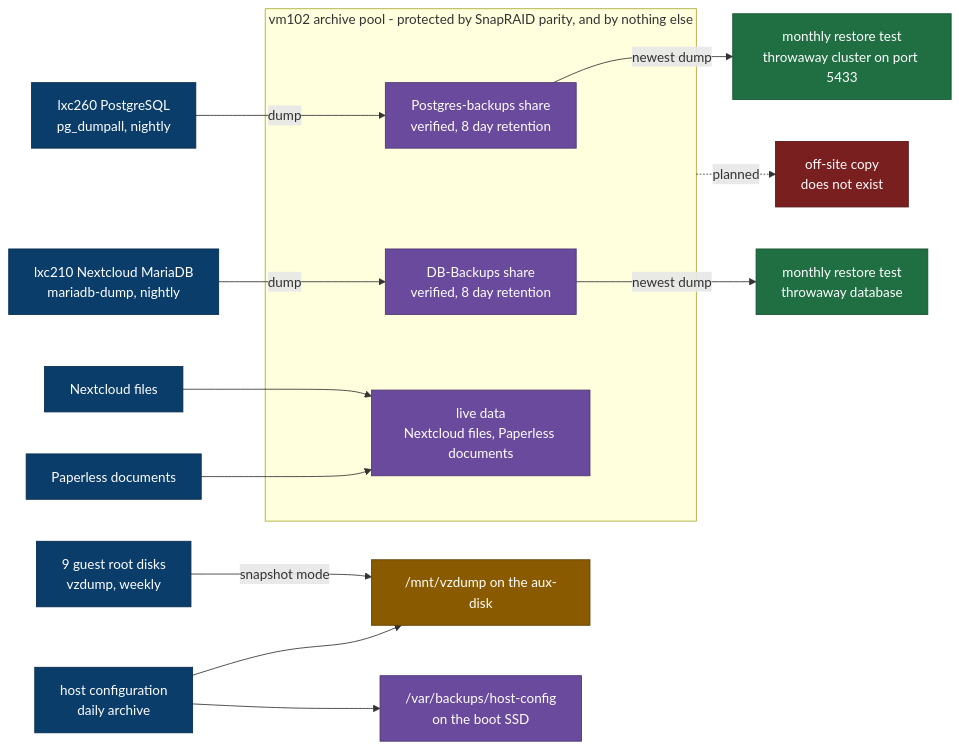
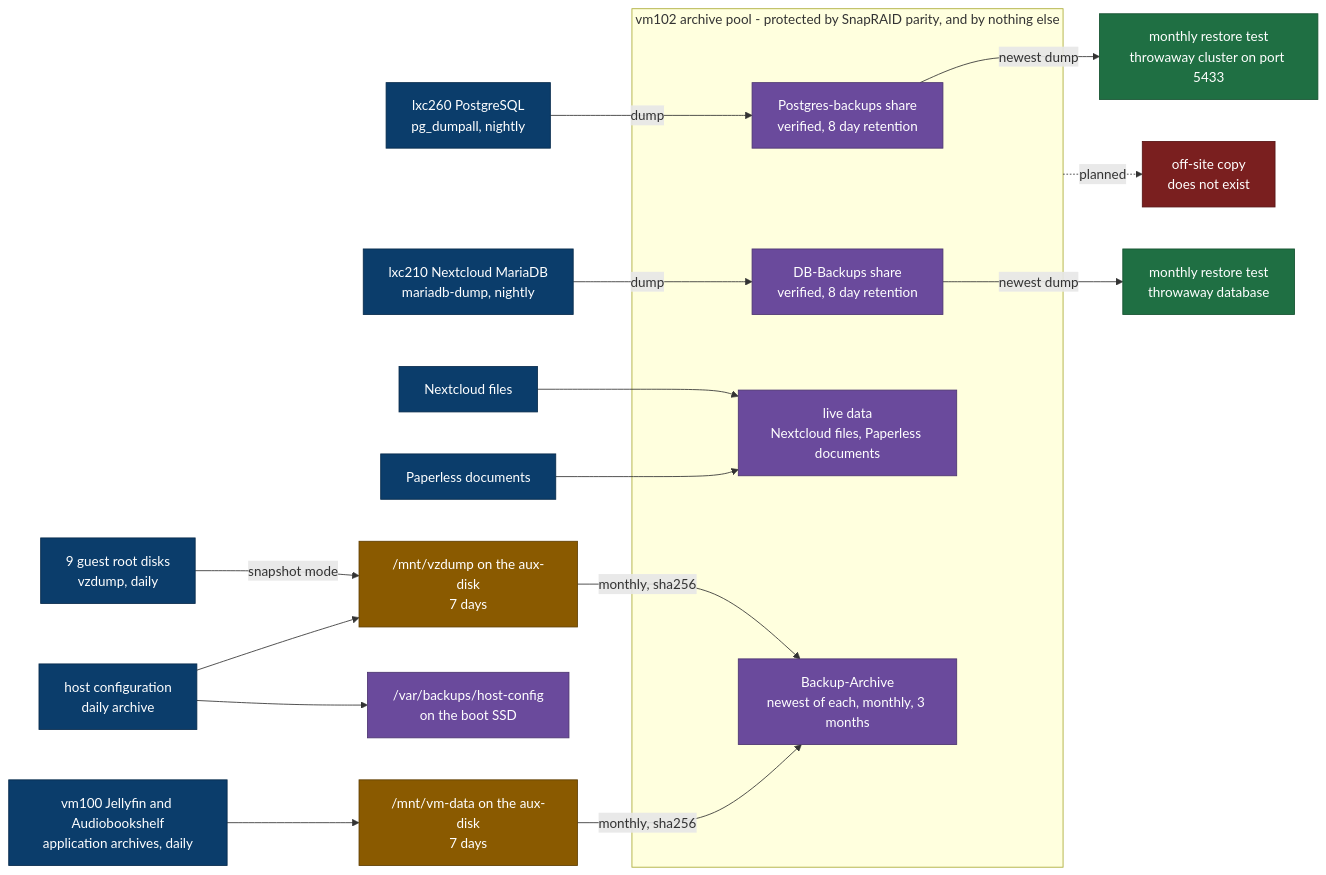
Before and after one commit to NicolasPogorzelski/homelab-server-architecture: the diagram in docs/architecture/backup-flow.md, drawn with Mermaid. The commit also changed other lines of this file and 47 other files, not shown here.

First line of the commit message:
feat(platform): split backups into a daily aux-disk tier and a monthly array tier

````diff
--- a/docs/architecture/backup-flow.md
+++ b/docs/architecture/backup-flow.md
@@ -11,47 +12,53 @@
 ```mermaid
 flowchart LR
   accTitle: Backup flows and the gaps in them
-  accDescr: PostgreSQL and MariaDB dumps to SMB shares on vm102, each with a monthly restore test, weekly guest backups and daily host configuration archives onto the aux-disk, and the missing off-site copy marked as a gap.
+  accDescr: PostgreSQL and MariaDB dumps to SMB shares on vm102, each with a monthly restore test, daily guest, host configuration and application backups onto the aux-disk, a monthly copy of the newest of each into the Backup-Archive on vm102, and the missing off-site copy marked as a gap.
 
   PG["lxc260 PostgreSQL<br/>pg_dumpall, nightly"]
   MDB["lxc210 Nextcloud MariaDB<br/>mariadb-dump, nightly"]
-  GUESTS["9 guest root disks<br/>vzdump, weekly"]
+  GUESTS["9 guest root disks<br/>vzdump, daily"]
   HOSTCFG["host configuration<br/>daily archive"]
+  APPS["vm100 Jellyfin and Audiobookshelf<br/>application archives, daily"]
   NCF["Nextcloud files"]
   PPD["Paperless documents"]
 
   subgraph vm102["vm102 archive pool - protected by SnapRAID parity, and by nothing else"]
     PGSHARE["Postgres-backups share<br/>verified, 8 day retention"]
     DBSHARE["DB-Backups share<br/>verified, 8 day retention"]
+    ARCHIVE["Backup-Archive<br/>newest of each, monthly, 3 months"]
     LIVE["live data<br/>Nextcloud files, Paperless documents"]
   end
 
-  VZDUMP["/mnt/vzdump on the aux-disk"]
+  VZDUMP["/mnt/vzdump on the aux-disk<br/>7 days"]
+  VMDATA["/mnt/vm-data on the aux-disk<br/>7 days"]
   BOOTCOPY["/var/backups/host-config<br/>on the boot SSD"]
   RESTORE["monthly restore test<br/>throwaway cluster on port 5433"]
   MRESTORE["monthly restore test<br/>throwaway database"]
   OFFSITE["off-site copy<br/>does not exist"]
 
   PG -->|"dump"| PGSHARE
   MDB -->|"dump"| DBSHARE
   NCF --> LIVE
   PPD --> LIVE
   GUESTS -->|"snapshot mode"| VZDUMP
   HOSTCFG --> VZDUMP
   HOSTCFG --> BOOTCOPY
+  APPS --> VMDATA
+  VZDUMP -->|"monthly, sha256"| ARCHIVE
+  VMDATA -->|"monthly, sha256"| ARCHIVE
 
   PGSHARE -->|"newest dump"| RESTORE
   DBSHARE -->|"newest dump"| MRESTORE
   vm102 -.->|"planned"| OFFSITE
 
   classDef src fill:#0b3d6b,stroke:#062a4b,color:#ffffff
   classDef store fill:#6a4a9c,stroke:#4c3570,color:#ffffff
   classDef ok fill:#1f6f43,stroke:#14512f,color:#ffffff
   classDef warn fill:#8a5a00,stroke:#5f3e00,color:#ffffff
   classDef gap fill:#7a1f1f,stroke:#571414,color:#ffffff
-  class PG,MDB,NCF,PPD,GUESTS,HOSTCFG src
-  class PGSHARE,DBSHARE,LIVE,BOOTCOPY store
+  class PG,MDB,NCF,PPD,GUESTS,HOSTCFG,APPS src
+  class PGSHARE,DBSHARE,ARCHIVE,LIVE,BOOTCOPY store
   class RESTORE,MRESTORE ok
-  class VZDUMP warn
+  class VZDUMP,VMDATA warn
   class OFFSITE gap
 ```
````
